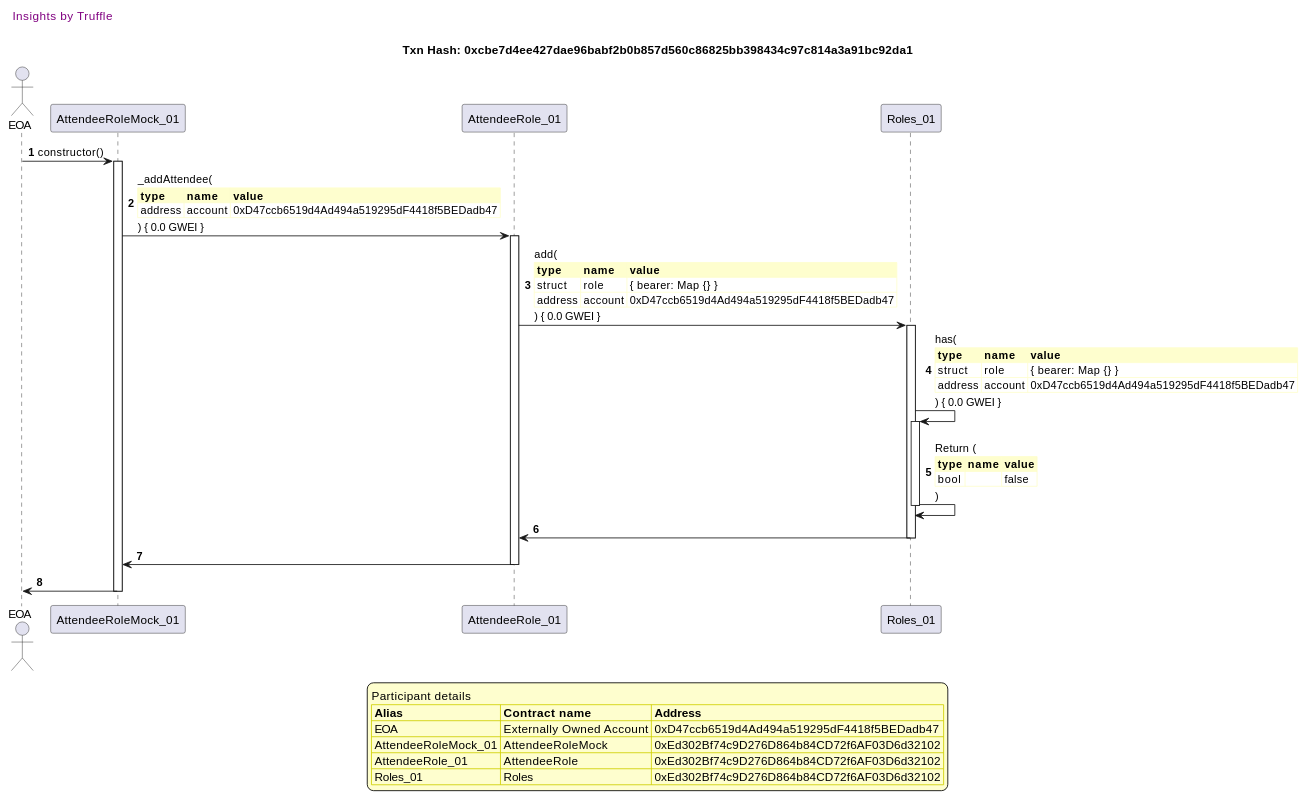
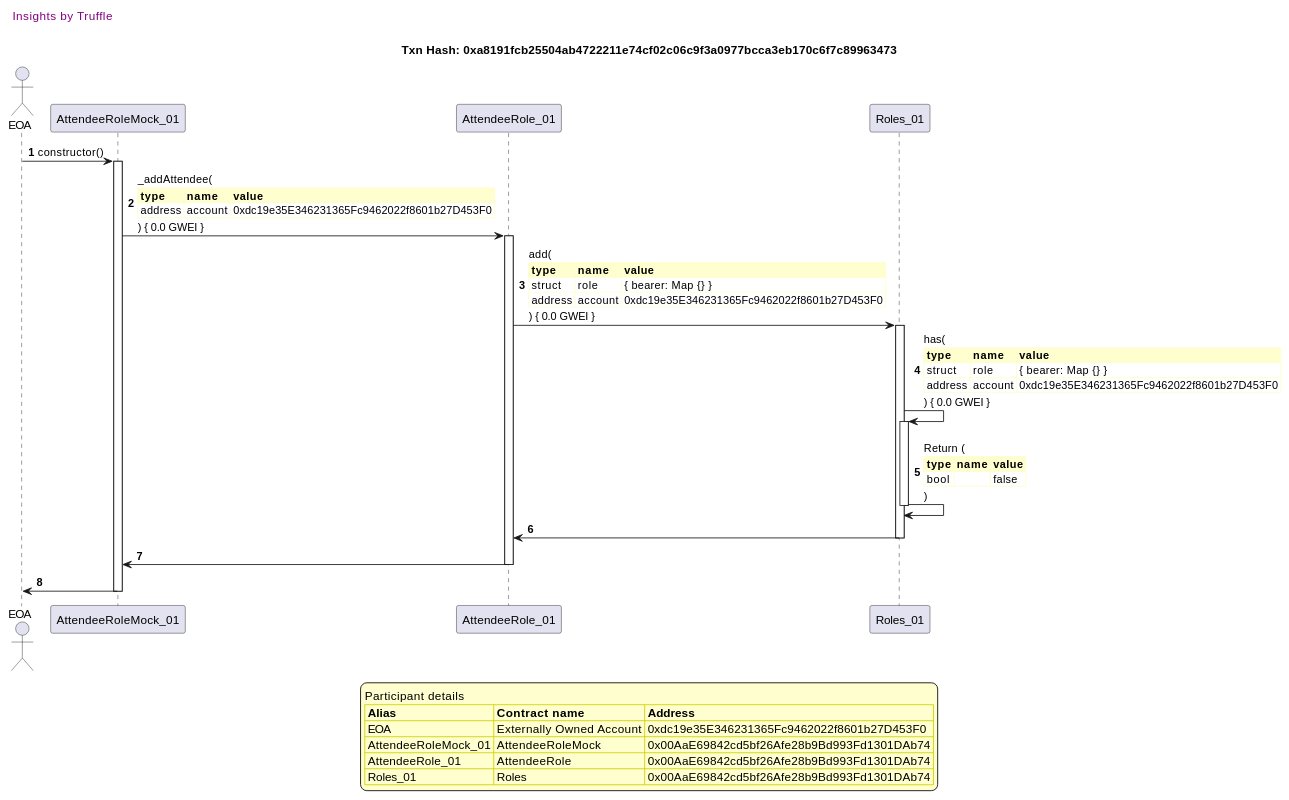
The fifth of 41 diagrams in truffle-seq/roles_attendeerole.md (fodisi/hackapay), drawn with PlantUML before and after one commit. The commit also changed other lines of this file and 10 other files, not shown here.

````diff
--- a/truffle-seq/roles_attendeerole.md
+++ b/truffle-seq/roles_attendeerole.md
@@ -331,61 +331,61 @@
 ```plantuml
 
 
 @startuml
 
 autonumber
 skinparam legendBackgroundColor #FEFECE
 
 <style>
       header {
         HorizontalAlignment left
         FontColor purple
         FontSize 14
         Padding 10
       }
     </style>
 
 header Insights by Truffle
 
-title Txn Hash: 0xcbe7d4ee427dae96babf2b0b857d560c86825bb398434c97c814a3a91bc92da1
+title Txn Hash: 0xa8191fcb25504ab4722211e74cf02c06c9f3a0977bcca3eb170c6f7c89963473
 
 
 actor EOA as "EOA"
 participant AttendeeRoleMock_01 as "AttendeeRoleMock_01"
 participant AttendeeRole_01 as "AttendeeRole_01"
 participant Roles_01 as "Roles_01"
 
 "EOA" -> "AttendeeRoleMock_01" ++: constructor()
 "AttendeeRoleMock_01" -> "AttendeeRole_01" ++: _addAttendee(\n\
 <#FEFECE,#FEFECE>|= type |= name |= value |\n\
-| address | account | 0xD47ccb6519d4Ad494a519295dF4418f5BEDadb47 |\n\
+| address | account | 0xdc19e35E346231365Fc9462022f8601b27D453F0 |\n\
 ) { 0.0 GWEI }
 "AttendeeRole_01" -> "Roles_01" ++: add(\n\
 <#FEFECE,#FEFECE>|= type |= name |= value |\n\
 | struct | role | { bearer: Map {} } |\n\
-| address | account | 0xD47ccb6519d4Ad494a519295dF4418f5BEDadb47 |\n\
+| address | account | 0xdc19e35E346231365Fc9462022f8601b27D453F0 |\n\
 ) { 0.0 GWEI }
 "Roles_01" -> "Roles_01" ++: has(\n\
 <#FEFECE,#FEFECE>|= type |= name |= value |\n\
 | struct | role | { bearer: Map {} } |\n\
-| address | account | 0xD47ccb6519d4Ad494a519295dF4418f5BEDadb47 |\n\
+| address | account | 0xdc19e35E346231365Fc9462022f8601b27D453F0 |\n\
 ) { 0.0 GWEI }
 "Roles_01" -> "Roles_01" --: Return (\n\
 <#FEFECE,#FEFECE>|= type |= name |= value |\n\
 | bool |  | false |\n\
 )
 "Roles_01" -> "AttendeeRole_01" --: 
 "AttendeeRole_01" -> "AttendeeRoleMock_01" --: 
 "AttendeeRoleMock_01" -> "EOA" --: 
 
 legend
 Participant details
 <#FEFECE,#D0D000>|= Alias |= Contract name |= Address |
-<#FEFECE>| EOA | Externally Owned Account | 0xD47ccb6519d4Ad494a519295dF4418f5BEDadb47 |
-<#FEFECE>| AttendeeRoleMock_01 | AttendeeRoleMock | 0xEd302Bf74c9D276D864b84CD72f6AF03D6d32102 |
-<#FEFECE>| AttendeeRole_01 | AttendeeRole | 0xEd302Bf74c9D276D864b84CD72f6AF03D6d32102 |
-<#FEFECE>| Roles_01 | Roles | 0xEd302Bf74c9D276D864b84CD72f6AF03D6d32102 |
+<#FEFECE>| EOA | Externally Owned Account | 0xdc19e35E346231365Fc9462022f8601b27D453F0 |
+<#FEFECE>| AttendeeRoleMock_01 | AttendeeRoleMock | 0x00AaE69842cd5bf26Afe28b9Bd993Fd1301DAb74 |
+<#FEFECE>| AttendeeRole_01 | AttendeeRole | 0x00AaE69842cd5bf26Afe28b9Bd993Fd1301DAb74 |
+<#FEFECE>| Roles_01 | Roles | 0x00AaE69842cd5bf26Afe28b9Bd993Fd1301DAb74 |
 endlegend
 
 @enduml
 ```
````
